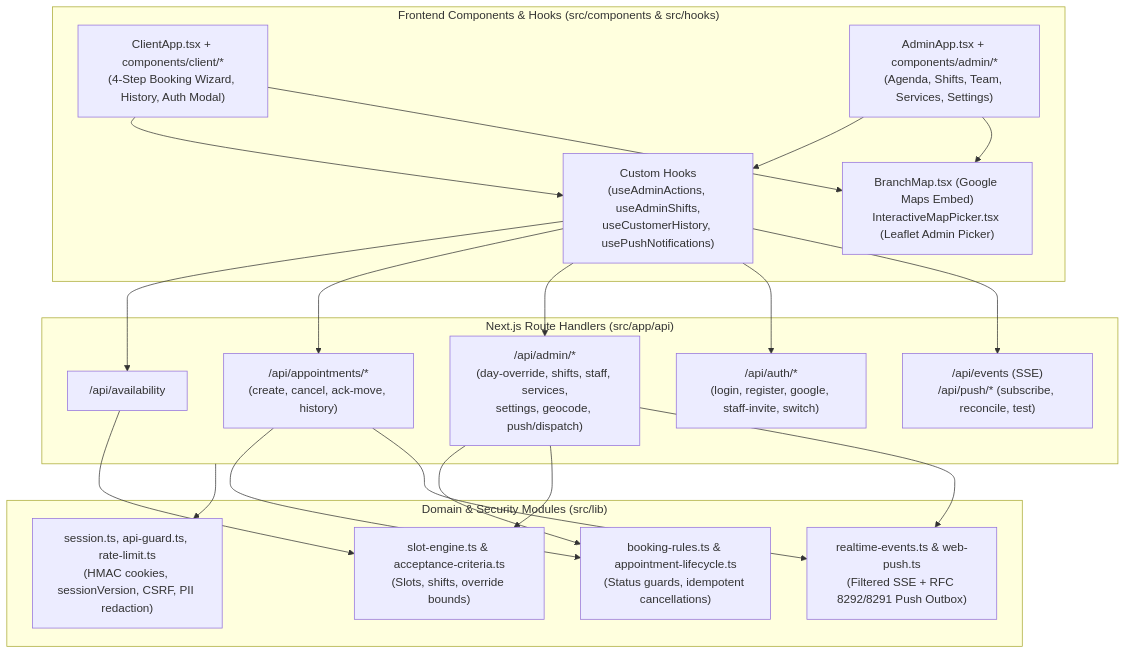
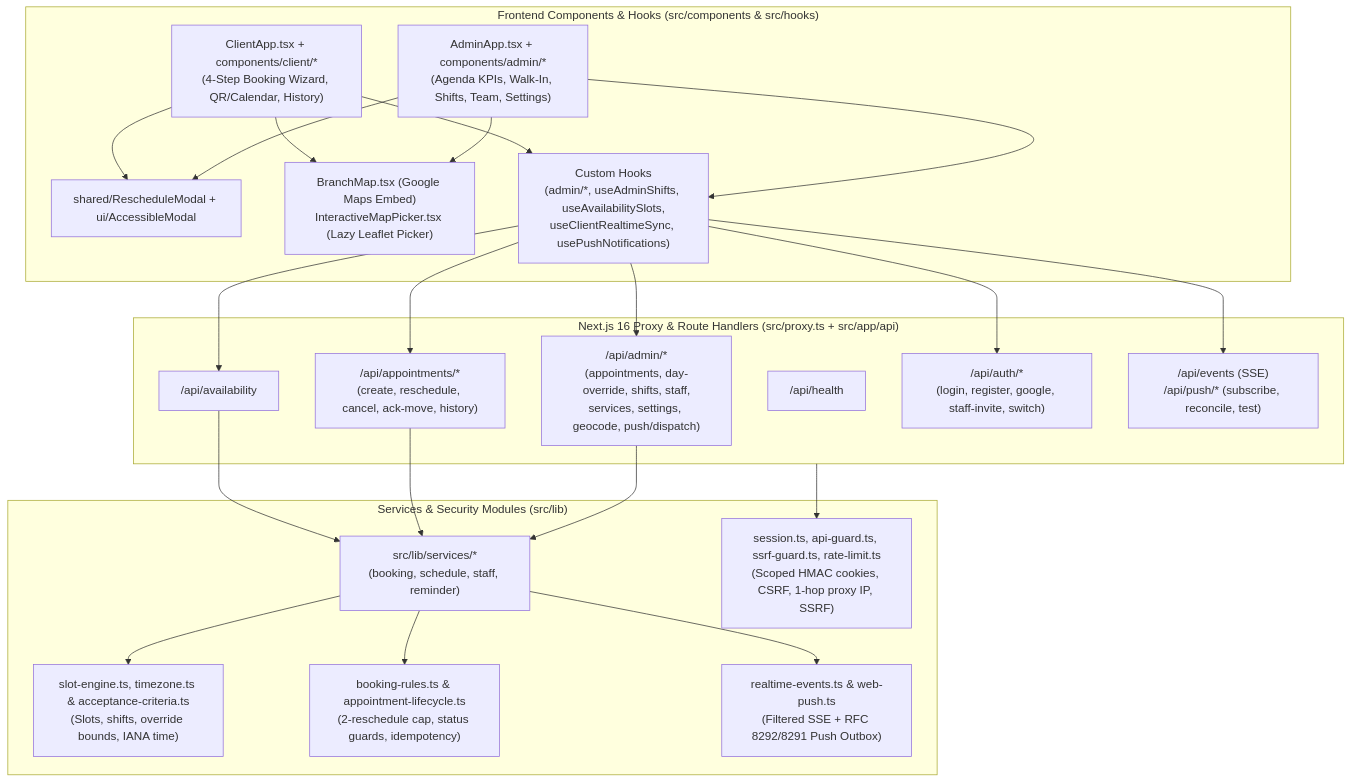
The third of 3 diagrams in docs/ARCHITECTURE.md (cristianarando/reservation-microsystem), drawn with Mermaid before and after one commit. The commit also changed other lines of this file and 18 other files, not shown here.

Commit message:
chore(devops-tests): tune Docker for 1GB Oracle AMD64 VPS, gate GHCR on CI, add API/concurrency tests, and sync docs

````diff
--- a/docs/ARCHITECTURE.md
+++ b/docs/ARCHITECTURE.md
@@ -63,43 +63,48 @@
 ```mermaid
 flowchart TD
     subgraph ClientUI["Frontend Components & Hooks (src/components & src/hooks)"]
-        ClientApp["ClientApp.tsx + components/client/*\n(4-Step Booking Wizard, History, Auth Modal)"]
-        AdminApp["AdminApp.tsx + components/admin/*\n(Agenda, Shifts, Team, Services, Settings)"]
-        MapsUI["BranchMap.tsx (Google Maps Embed)\nInteractiveMapPicker.tsx (Leaflet Admin Picker)"]
-        Hooks["Custom Hooks\n(useAdminActions, useAdminShifts,\nuseCustomerHistory, usePushNotifications)"]
+        ClientApp["ClientApp.tsx + components/client/*\n(4-Step Booking Wizard, QR/Calendar, History)"]
+        AdminApp["AdminApp.tsx + components/admin/*\n(Agenda KPIs, Walk-In, Shifts, Team, Settings)"]
+        SharedModals["shared/RescheduleModal + ui/AccessibleModal"]
+        MapsUI["BranchMap.tsx (Google Maps Embed)\nInteractiveMapPicker.tsx (Lazy Leaflet Picker)"]
+        Hooks["Custom Hooks\n(admin/*, useAdminShifts, useAvailabilitySlots,\nuseClientRealtimeSync, usePushNotifications)"]
     end
 
-    subgraph Controllers["Next.js Route Handlers (src/app/api)"]
+    subgraph Controllers["Next.js 16 Proxy & Route Handlers (src/proxy.ts + src/app/api)"]
+        HealthAPI["/api/health"]
         AvailabilityAPI["/api/availability"]
-        AppointmentsAPI["/api/appointments/*\n(create, cancel, ack-move, history)"]
-        AdminAPI["/api/admin/*\n(day-override, shifts, staff, services,\nsettings, geocode, push/dispatch)"]
+        AppointmentsAPI["/api/appointments/*\n(create, reschedule, cancel, ack-move, history)"]
+        AdminAPI["/api/admin/*\n(appointments, day-override, shifts, staff,\nservices, settings, geocode, push/dispatch)"]
         AuthAPI["/api/auth/*\n(login, register, google, staff-invite, switch)"]
         RealtimeAPI["/api/events (SSE)\n/api/push/* (subscribe, reconcile, test)"]
     end
 
-    subgraph Domain["Domain & Security Modules (src/lib)"]
-        SlotEngine["slot-engine.ts & acceptance-criteria.ts\n(Slots, shifts, override bounds)"]
-        Lifecycle["booking-rules.ts & appointment-lifecycle.ts\n(Status guards, idempotent cancellations)"]
-        Security["session.ts, api-guard.ts, rate-limit.ts\n(HMAC cookies, sessionVersion, CSRF, PII redaction)"]
+    subgraph Domain["Services & Security Modules (src/lib)"]
+        Services["src/lib/services/*\n(booking, schedule, staff, reminder)"]
+        SlotEngine["slot-engine.ts, timezone.ts & acceptance-criteria.ts\n(Slots, shifts, override bounds, IANA time)"]
+        Lifecycle["booking-rules.ts & appointment-lifecycle.ts\n(2-reschedule cap, status guards, idempotency)"]
+        Security["session.ts, api-guard.ts, ssrf-guard.ts, rate-limit.ts\n(Scoped HMAC cookies, CSRF, 1-hop proxy IP, SSRF)"]
         Delivery["realtime-events.ts & web-push.ts\n(Filtered SSE + RFC 8292/8291 Push Outbox)"]
     end
 
     ClientApp --> Hooks
     AdminApp --> Hooks
+    ClientApp --> SharedModals
+    AdminApp --> SharedModals
     ClientApp --> MapsUI
     AdminApp --> MapsUI
 
     Hooks --> AvailabilityAPI
     Hooks --> AppointmentsAPI
     Hooks --> AdminAPI
     Hooks --> AuthAPI
     Hooks --> RealtimeAPI
 
-    AvailabilityAPI --> SlotEngine
-    AppointmentsAPI --> Lifecycle
-    AdminAPI --> Lifecycle
-    AdminAPI --> SlotEngine
-    AppointmentsAPI --> Delivery
-    AdminAPI --> Delivery
+    AvailabilityAPI --> Services
+    AppointmentsAPI --> Services
+    AdminAPI --> Services
+    Services --> SlotEngine
+    Services --> Lifecycle
+    Services --> Delivery
     Controllers --> Security
 ```
````
